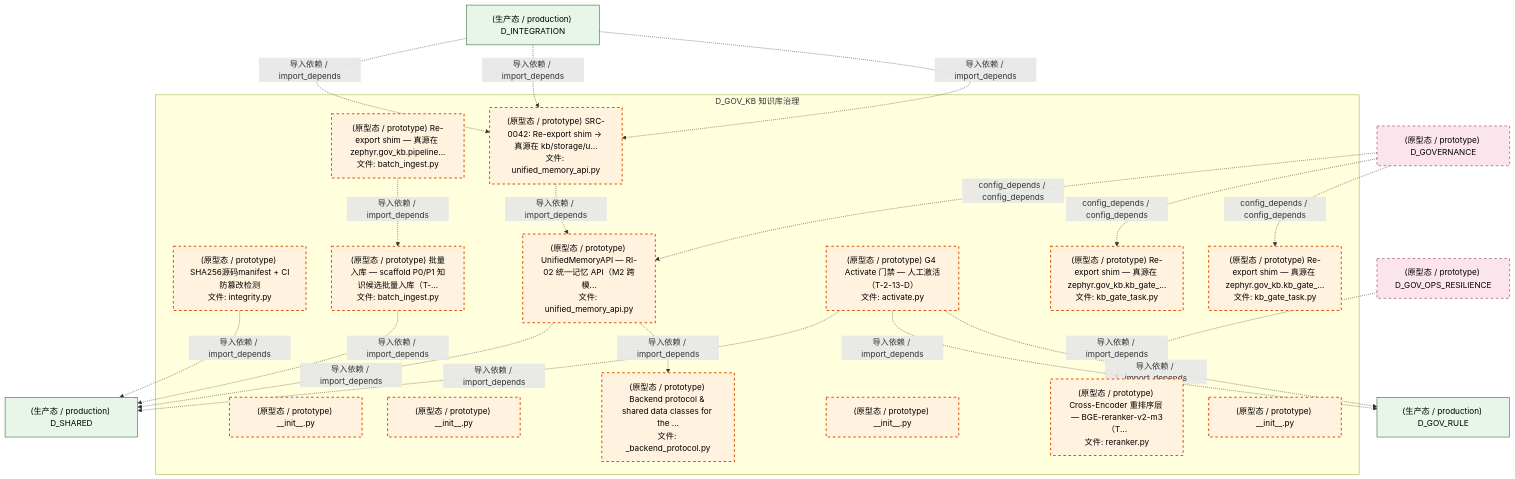
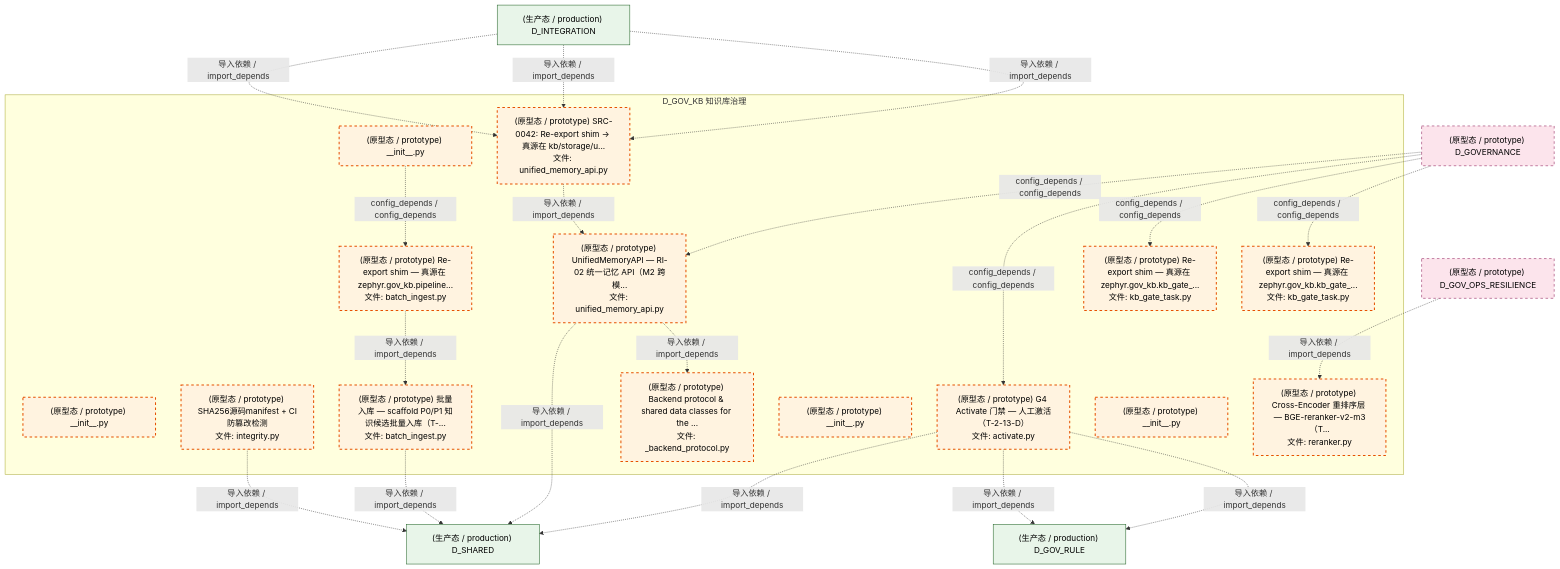
Before and after one commit to xuanFelixVan/ZephyrAlpha: the fourth of 5 diagrams in docs/02_enterprise_architecture/02_domain_architecture_docs/43_d_gov_kb.md, drawn with Mermaid. The commit also changed other lines of this file and 126 other files, not shown here.

````diff
--- a/docs/02_enterprise_architecture/02_domain_architecture_docs/43_d_gov_kb.md
+++ b/docs/02_enterprise_architecture/02_domain_architecture_docs/43_d_gov_kb.md
@@ -300,47 +300,49 @@
 ```mermaid
 graph TD
     subgraph D_GOV_KB["D_GOV_KB 知识库治理"]
         src_zephyr_gov_kb_init_py["(原型态 / prototype) __init__.py"]
         src_zephyr_gov_kb_batch_ingest_py["(原型态 / prototype) Re-export shim — 真源在 zephyr.gov_kb.pipeline...<br/>文件: batch_ingest.py"]
         src_zephyr_gov_kb_filing_nlp_engine_init_py["(原型态 / prototype) __init__.py"]
         src_zephyr_gov_kb_integrity_py["(原型态 / prototype) SHA256源码manifest + CI防篡改检测<br/>文件: integrity.py"]
         src_zephyr_gov_kb_kb_engine_kb_gate_task_py["(原型态 / prototype) Re-export shim — 真源在 zephyr.gov_kb.kb_gate_...<br/>文件: kb_gate_task.py"]
         src_zephyr_gov_kb_migration_kb_gate_task_py["(原型态 / prototype) Re-export shim — 真源在 zephyr.gov_kb.kb_gate_...<br/>文件: kb_gate_task.py"]
         src_zephyr_gov_kb_pipeline_activate_py["(原型态 / prototype) G4 Activate 门禁 — 人工激活（T-2-13-D）<br/>文件: activate.py"]
         src_zephyr_gov_kb_pipeline_batch_ingest_py["(原型态 / prototype) 批量入库 — scaffold P0/P1 知识候选批量入库（T-...<br/>文件: batch_ingest.py"]
         src_zephyr_gov_kb_reranker_py["(原型态 / prototype) Cross-Encoder 重排序层 — BGE-reranker-v2-m3（T...<br/>文件: reranker.py"]
         src_zephyr_gov_kb_sentiment_engine_init_py["(原型态 / prototype) __init__.py"]
         src_zephyr_gov_kb_storage_backend_protocol_py["(原型态 / prototype) Backend protocol & shared data classes for the ...<br/>文件: _backend_protocol.py"]
         src_zephyr_gov_kb_storage_unified_memory_api_py["(原型态 / prototype) UnifiedMemoryAPI — RI-02 统一记忆 API（M2 跨模...<br/>文件: unified_memory_api.py"]
         src_zephyr_gov_kb_supply_chain_graph_engine_init_py["(原型态 / prototype) __init__.py"]
         src_zephyr_gov_kb_unified_memory_api_py["(原型态 / prototype) SRC-0042: Re-export shim -> 真源在 kb/storage/u...<br/>文件: unified_memory_api.py"]
     end
     src_zephyr_gov_kb_batch_ingest_py -.->|导入依赖 / import_depends| src_zephyr_gov_kb_pipeline_batch_ingest_py
     src_zephyr_gov_kb_unified_memory_api_py -.->|导入依赖 / import_depends| src_zephyr_gov_kb_storage_unified_memory_api_py
+    src_zephyr_gov_kb_init_py -.->|config_depends / config_depends| src_zephyr_gov_kb_batch_ingest_py
     src_zephyr_gov_kb_storage_unified_memory_api_py -.->|导入依赖 / import_depends| src_zephyr_gov_kb_storage_backend_protocol_py
     D_SHARED["(生产态 / production) D_SHARED"]
     src_zephyr_gov_kb_integrity_py -.->|导入依赖 / import_depends| D_SHARED
-    src_zephyr_gov_kb_pipeline_batch_ingest_py -.->|导入依赖 / import_depends| D_SHARED
     D_GOV_RULE["(生产态 / production) D_GOV_RULE"]
     src_zephyr_gov_kb_pipeline_activate_py -.->|导入依赖 / import_depends| D_GOV_RULE
     src_zephyr_gov_kb_pipeline_activate_py -.->|导入依赖 / import_depends| D_GOV_RULE
     src_zephyr_gov_kb_pipeline_activate_py -.->|导入依赖 / import_depends| D_SHARED
+    src_zephyr_gov_kb_pipeline_batch_ingest_py -.->|导入依赖 / import_depends| D_SHARED
     src_zephyr_gov_kb_storage_unified_memory_api_py -.->|导入依赖 / import_depends| D_SHARED
     D_GOV_OPS_RESILIENCE["(原型态 / prototype) D_GOV_OPS_RESILIENCE"]
     D_GOV_OPS_RESILIENCE -.->|导入依赖 / import_depends| src_zephyr_gov_kb_reranker_py
     D_INTEGRATION["(生产态 / production) D_INTEGRATION"]
     D_INTEGRATION -.->|导入依赖 / import_depends| src_zephyr_gov_kb_unified_memory_api_py
     D_INTEGRATION -.->|导入依赖 / import_depends| src_zephyr_gov_kb_unified_memory_api_py
     D_INTEGRATION -.->|导入依赖 / import_depends| src_zephyr_gov_kb_unified_memory_api_py
     D_GOVERNANCE["(原型态 / prototype) D_GOVERNANCE"]
+    D_GOVERNANCE -.->|config_depends / config_depends| src_zephyr_gov_kb_migration_kb_gate_task_py
     D_GOVERNANCE -.->|config_depends / config_depends| src_zephyr_gov_kb_kb_engine_kb_gate_task_py
-    D_GOVERNANCE -.->|config_depends / config_depends| src_zephyr_gov_kb_migration_kb_gate_task_py
+    D_GOVERNANCE -.->|config_depends / config_depends| src_zephyr_gov_kb_pipeline_activate_py
     D_GOVERNANCE -.->|config_depends / config_depends| src_zephyr_gov_kb_storage_unified_memory_api_py
     classDef production fill:#e1f5fe,stroke:#01579b,stroke-width:2px,color:#000
     classDef design fill:#fff3e0,stroke:#e65100,stroke-width:2px,color:#000,stroke-dasharray: 5 5
     classDef external_prod fill:#e8f5e9,stroke:#1b5e20,stroke-width:1px,color:#000
     classDef external_design fill:#fce4ec,stroke:#880e4f,stroke-width:1px,color:#000,stroke-dasharray: 5 5
     class src_zephyr_gov_kb_init_py,src_zephyr_gov_kb_batch_ingest_py,src_zephyr_gov_kb_filing_nlp_engine_init_py,src_zephyr_gov_kb_integrity_py,src_zephyr_gov_kb_kb_engine_kb_gate_task_py,src_zephyr_gov_kb_migration_kb_gate_task_py,src_zephyr_gov_kb_pipeline_activate_py,src_zephyr_gov_kb_pipeline_batch_ingest_py,src_zephyr_gov_kb_reranker_py,src_zephyr_gov_kb_sentiment_engine_init_py,src_zephyr_gov_kb_storage_backend_protocol_py,src_zephyr_gov_kb_storage_unified_memory_api_py,src_zephyr_gov_kb_supply_chain_graph_engine_init_py,src_zephyr_gov_kb_unified_memory_api_py design
     class D_SHARED,D_GOV_RULE,D_INTEGRATION external_prod
     class D_GOV_OPS_RESILIENCE,D_GOVERNANCE external_design
 ```
````
